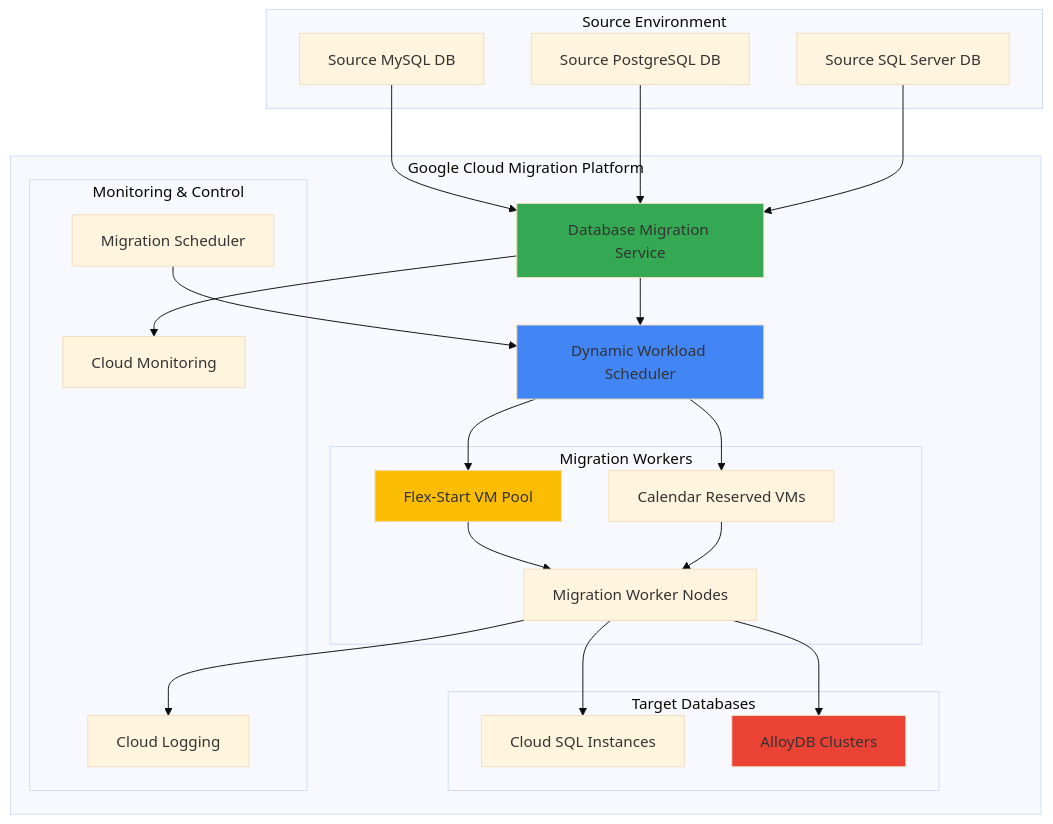
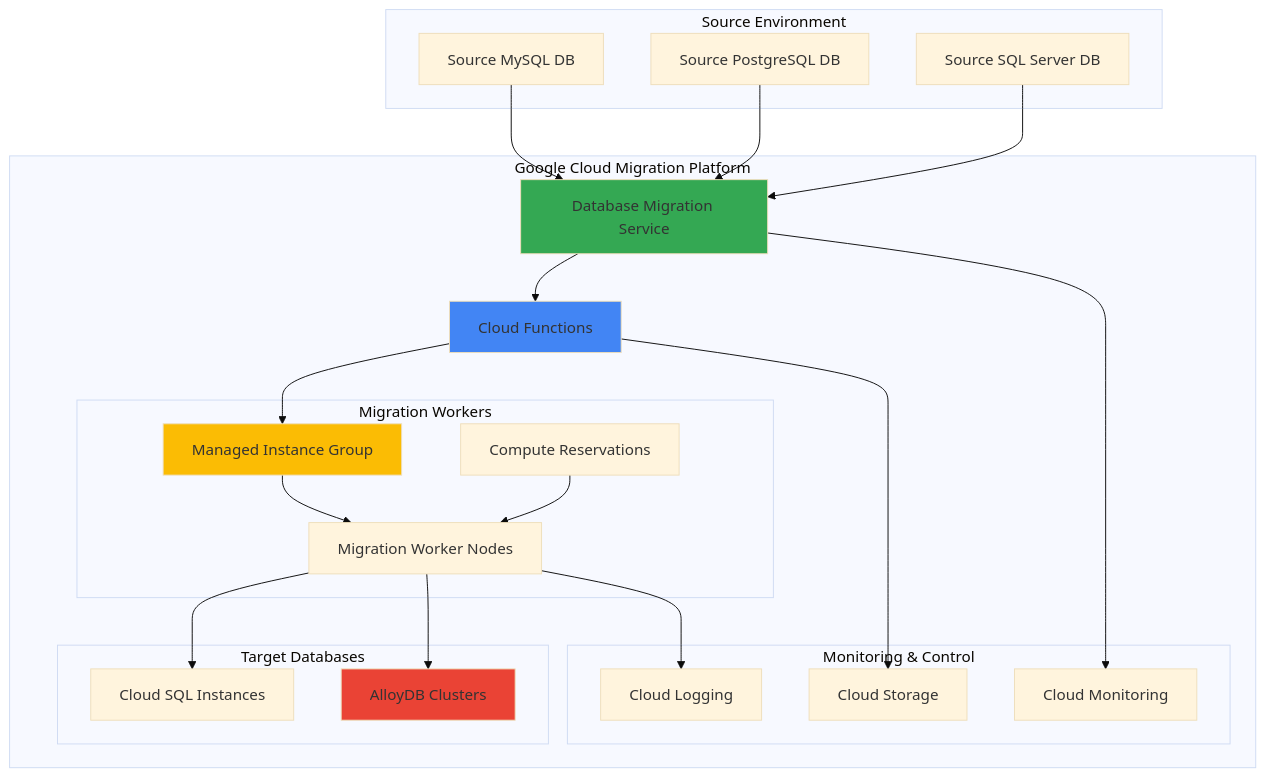
Before and after one commit to mzazon/awesome-cloud-projects: the diagram in gcp/multi-database-migration-workflows-database-migration-service-dynamic-workload-scheduler/multi-database-migration-workflows-database-migration-service-dynamic-workload-scheduler.md, drawn with Mermaid (base theme). The commit also changed other lines of this file and 5581 other files, not shown here.

````diff
--- a/gcp/multi-database-migration-workflows-database-migration-service-dynamic-workload-scheduler/multi-database-migration-workflows-database-migration-service-dynamic-workload-scheduler.md
+++ b/gcp/multi-database-migration-workflows-database-migration-service-dynamic-workload-scheduler/multi-database-migration-workflows-database-migration-service-dynamic-workload-scheduler.md
@@ -30,52 +30,51 @@
 ```mermaid
 graph TB
     subgraph "Source Environment"
         SRC1[Source MySQL DB]
         SRC2[Source PostgreSQL DB]
         SRC3[Source SQL Server DB]
     end
     
     subgraph "Google Cloud Migration Platform"
-        DWS[Dynamic Workload Scheduler]
         DMS[Database Migration Service]
+        CF[Cloud Functions]
         
         subgraph "Migration Workers"
-            FLEX1[Flex-Start VM Pool]
-            FLEX2[Calendar Reserved VMs]
+            MIG[Managed Instance Group]
             WORKERS[Migration Worker Nodes]
+            RESERV[Compute Reservations]
         end
         
         subgraph "Target Databases"
             CSQL[Cloud SQL Instances]
             ALLOY[AlloyDB Clusters]
         end
         
         subgraph "Monitoring & Control"
             MON[Cloud Monitoring]
             LOG[Cloud Logging]
-            SCHED[Migration Scheduler]
+            STORAGE[Cloud Storage]
         end
     end
     
     SRC1 --> DMS
     SRC2 --> DMS
     SRC3 --> DMS
     
-    DMS --> DWS
-    DWS --> FLEX1
-    DWS --> FLEX2
-    FLEX1 --> WORKERS
-    FLEX2 --> WORKERS
+    DMS --> CF
+    CF --> MIG
+    MIG --> WORKERS
+    RESERV --> WORKERS
     
     WORKERS --> CSQL
     WORKERS --> ALLOY
     
     DMS --> MON
     WORKERS --> LOG
-    SCHED --> DWS
+    CF --> STORAGE
     
-    style DWS fill:#4285f4
     style DMS fill:#34a853
-    style FLEX1 fill:#fbbc04
+    style CF fill:#4285f4
+    style MIG fill:#fbbc04
     style ALLOY fill:#ea4335
 ```
````
